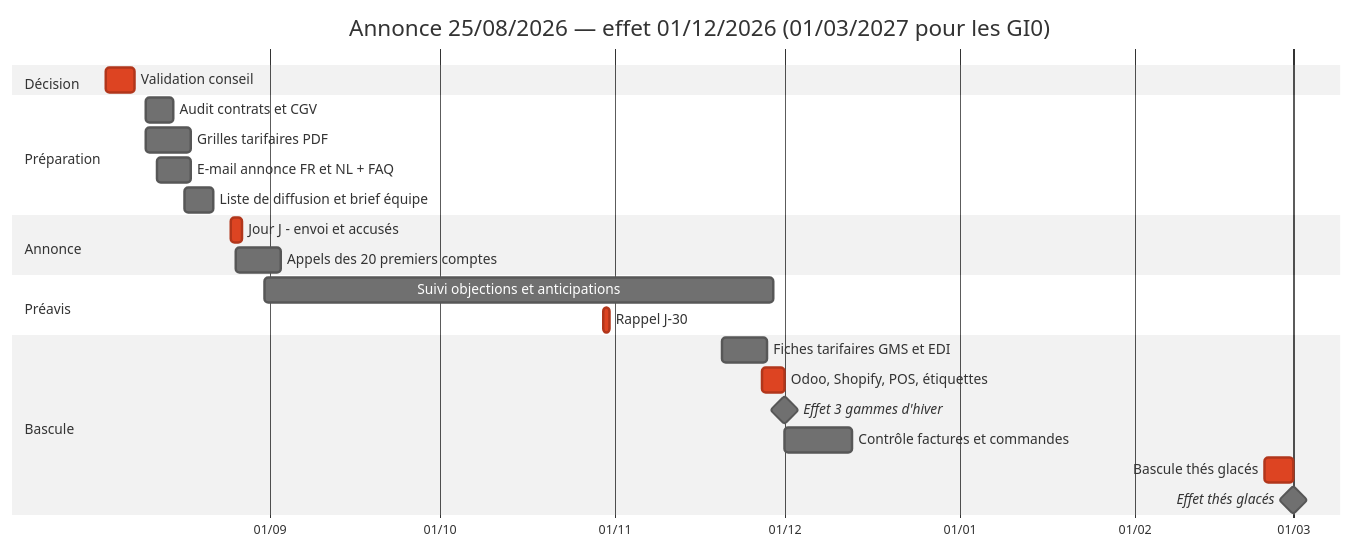
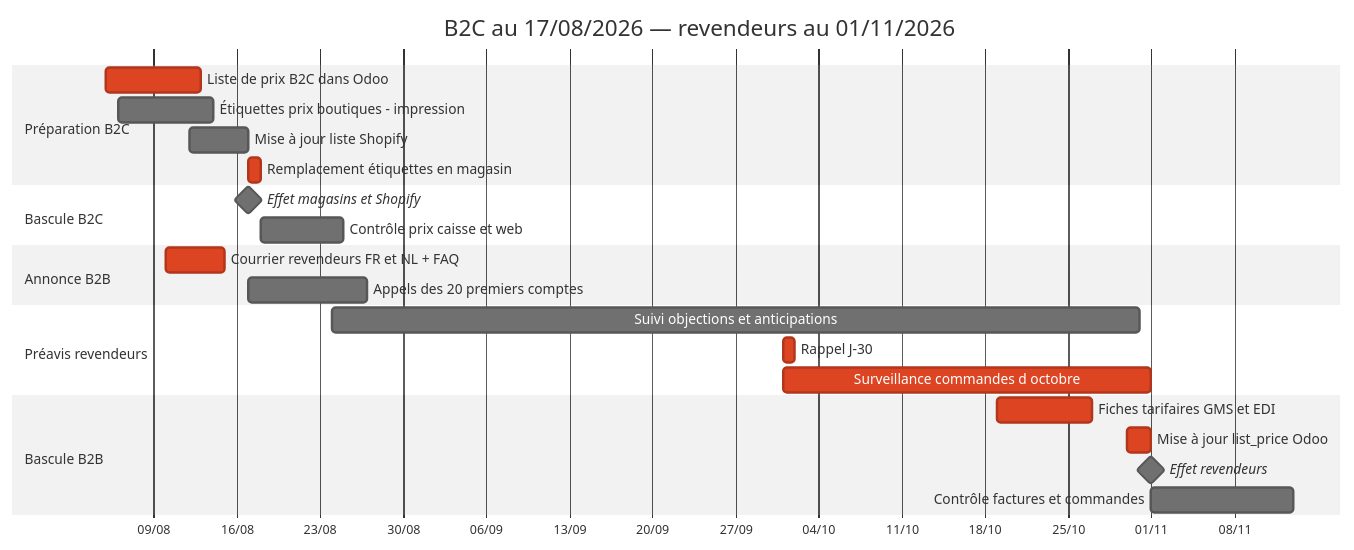
The diagram in Hausse_Tarifaire_2026_Plan_Forecast.md (Nira-Solutions/Teatower-Planning), drawn with Mermaid (neutral theme) before and after one commit. The commit also changed other lines of this file, not shown here.

Commit message:
Hausse tarifaire : calendrier decide (B2C 17/08, revendeurs 01/11) — FY26-27 +63.473, piege listes de prix Odoo

````diff
--- a/Hausse_Tarifaire_2026_Plan_Forecast.md
+++ b/Hausse_Tarifaire_2026_Plan_Forecast.md
@@ -136,26 +148,26 @@
 ```mermaid
 gantt
-    title Annonce 25/08/2026 — effet 01/12/2026 (01/03/2027 pour les GI0)
+    title B2C au 17/08/2026 — revendeurs au 01/11/2026
     dateFormat YYYY-MM-DD
     axisFormat %d/%m
-    section Décision
-    Validation conseil                        :crit, 2026-08-03, 5d
-    section Préparation
-    Audit contrats et CGV                     :2026-08-10, 5d
-    Grilles tarifaires PDF                    :2026-08-10, 8d
-    E-mail annonce FR et NL + FAQ             :2026-08-12, 6d
-    Liste de diffusion et brief équipe        :2026-08-17, 5d
-    section Annonce
-    Jour J - envoi et accusés                 :crit, 2026-08-25, 2d
-    Appels des 20 premiers comptes            :2026-08-26, 8d
-    section Préavis
-    Suivi objections et anticipations         :2026-08-31, 90d
-    Rappel J-30                               :crit, 2026-10-30, 1d
-    section Bascule
-    Fiches tarifaires GMS et EDI              :2026-11-20, 8d
-    Odoo, Shopify, POS, étiquettes            :crit, 2026-11-27, 4d
-    Effet 3 gammes d'hiver                    :milestone, 2026-12-01, 0d
-    Contrôle factures et commandes            :2026-12-01, 12d
-    Bascule thés glacés                       :crit, 2027-02-24, 5d
-    Effet thés glacés                         :milestone, 2027-03-01, 0d
+    section Préparation B2C
+    Liste de prix B2C dans Odoo               :crit, 2026-08-05, 8d
+    Étiquettes prix boutiques - impression    :2026-08-06, 8d
+    Mise à jour liste Shopify                 :2026-08-12, 5d
+    Remplacement étiquettes en magasin        :crit, 2026-08-17, 1d
+    section Bascule B2C
+    Effet magasins et Shopify                 :milestone, 2026-08-17, 0d
+    Contrôle prix caisse et web               :2026-08-18, 7d
+    section Annonce B2B
+    Courrier revendeurs FR et NL + FAQ        :crit, 2026-08-10, 5d
+    Appels des 20 premiers comptes            :2026-08-17, 10d
+    section Préavis revendeurs
+    Suivi objections et anticipations         :2026-08-24, 68d
+    Rappel J-30                               :crit, 2026-10-01, 1d
+    Surveillance commandes d octobre          :crit, 2026-10-01, 31d
+    section Bascule B2B
+    Fiches tarifaires GMS et EDI              :crit, 2026-10-19, 8d
+    Mise à jour list_price Odoo               :crit, 2026-10-30, 2d
+    Effet revendeurs                          :milestone, 2026-11-01, 0d
+    Contrôle factures et commandes            :2026-11-01, 12d
 ```
````
